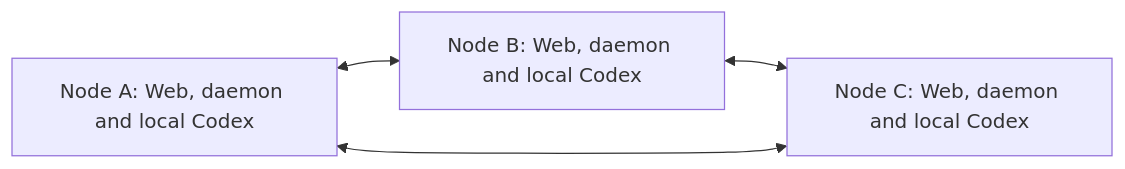
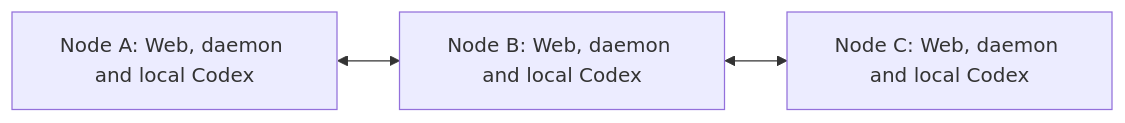
One commit to rovewyn/dewbow changed the first of 3 diagrams in docs/network-design.md. Above: the diagram before and after it, drawn with Mermaid. The commit also changed other lines of this file and 1 other file, not shown here.

````diff
--- a/docs/network-design.md
+++ b/docs/network-design.md
@@ -28,6 +34,5 @@
 ```mermaid
 flowchart LR
     A["Node A: Web, daemon and local Codex"] <--> B["Node B: Web, daemon and local Codex"]
     B <--> C["Node C: Web, daemon and local Codex"]
-    C <--> A
 ```
````
